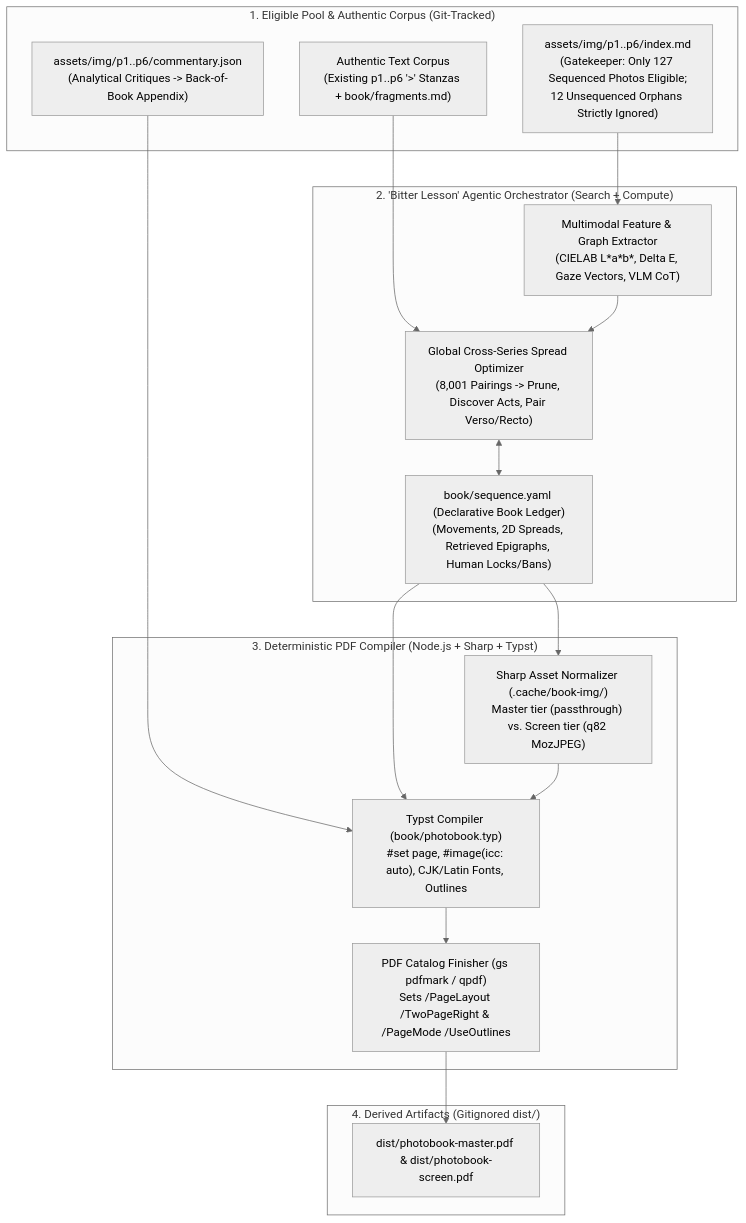
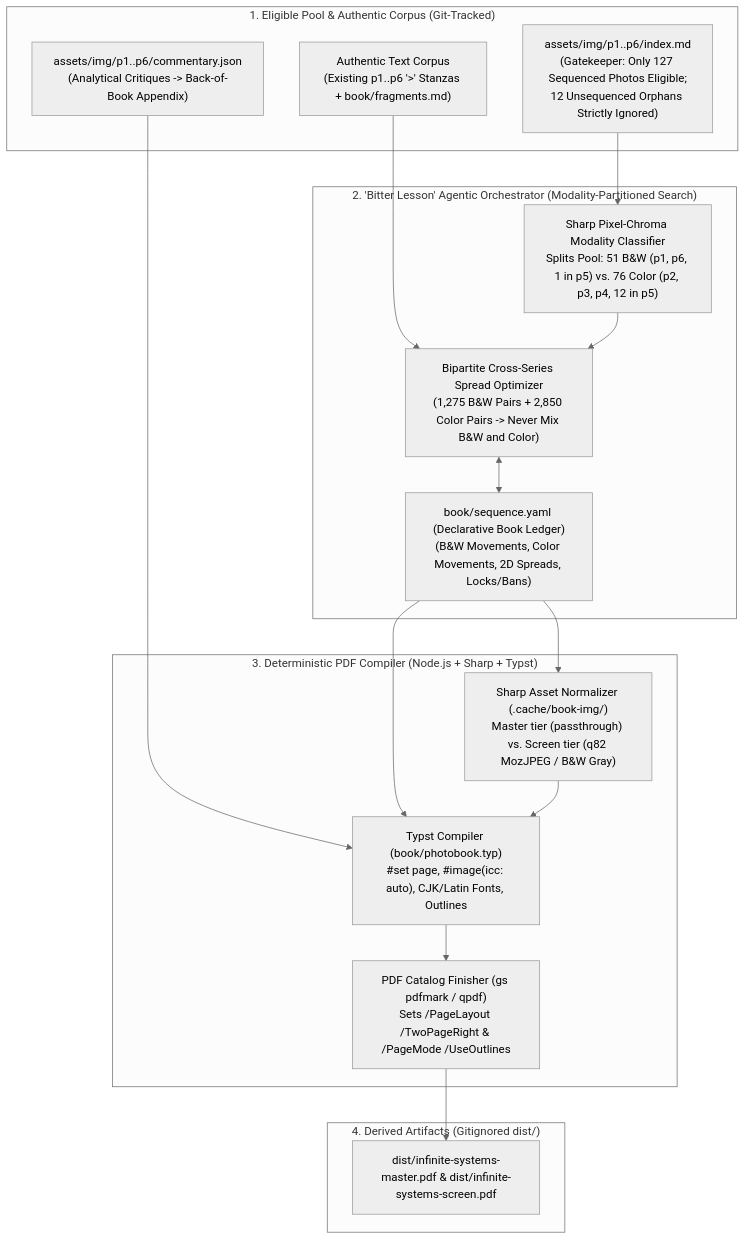
One commit to ryusoh/ryusoh.github.io changed the diagram in docs/photobook-ebook-research.md. Above: the diagram before and after it, drawn with Mermaid (neutral theme). The commit also changed other lines of this file, not shown here.

First line of the commit message:
docs(photobook-ebook-research): add strict B&W vs. color modality partition

````diff
--- a/docs/photobook-ebook-research.md
+++ b/docs/photobook-ebook-research.md
@@ -40,35 +44,35 @@
 ```mermaid
 flowchart TD
     subgraph Source ["1. Eligible Pool & Authentic Corpus (Git-Tracked)"]
         MD["assets/img/p1..p6/index.md<br/>(Gatekeeper: Only 127 Sequenced Photos Eligible;<br/>12 Unsequenced Orphans Strictly Ignored)"]
         FRAG["Authentic Text Corpus<br/>(Existing p1..p6 '>' Stanzas + book/fragments.md)"]
         COMM["assets/img/p1..p6/commentary.json<br/>(Analytical Critiques -> Back-of-Book Appendix)"]
     end
 
-    subgraph Agentic ["2. 'Bitter Lesson' Agentic Orchestrator (Search + Compute)"]
-        METRICS["Multimodal Feature & Graph Extractor<br/>(CIELAB L*a*b*, Delta E, Gaze Vectors, VLM CoT)"]
-        SEARCH["Global Cross-Series Spread Optimizer<br/>(8,001 Pairings -> Prune, Discover Acts, Pair Verso/Recto)"]
-        LEDGER["book/sequence.yaml (Declarative Book Ledger)<br/>(Movements, 2D Spreads, Retrieved Epigraphs, Human Locks/Bans)"]
+    subgraph Agentic ["2. 'Bitter Lesson' Agentic Orchestrator (Modality-Partitioned Search)"]
+        CLASS["Sharp Pixel-Chroma Modality Classifier<br/>Splits Pool: 51 B&W (p1, p6, 1 in p5) vs. 76 Color (p2, p3, p4, 12 in p5)"]
+        SEARCH["Bipartite Cross-Series Spread Optimizer<br/>(1,275 B&W Pairs + 2,850 Color Pairs -> Never Mix B&W and Color)"]
+        LEDGER["book/sequence.yaml (Declarative Book Ledger)<br/>(B&W Movements, Color Movements, 2D Spreads, Locks/Bans)"]
     end
 
     subgraph Engine ["3. Deterministic PDF Compiler (Node.js + Sharp + Typst)"]
-        SHARP["Sharp Asset Normalizer (.cache/book-img/)<br/>Master tier (passthrough) vs. Screen tier (q82 MozJPEG)"]
+        SHARP["Sharp Asset Normalizer (.cache/book-img/)<br/>Master tier (passthrough) vs. Screen tier (q82 MozJPEG / B&W Gray)"]
         TYPST["Typst Compiler (book/photobook.typ)<br/>#set page, #image(icc: auto), CJK/Latin Fonts, Outlines"]
         POST["PDF Catalog Finisher (gs pdfmark / qpdf)<br/>Sets /PageLayout /TwoPageRight & /PageMode /UseOutlines"]
     end
 
     subgraph Output ["4. Derived Artifacts (Gitignored dist/)"]
-        PDF_OUT["dist/photobook-master.pdf & dist/photobook-screen.pdf"]
+        PDF_OUT["dist/infinite-systems-master.pdf & dist/infinite-systems-screen.pdf"]
     end
 
-    MD --> METRICS
+    MD --> CLASS
     FRAG --> SEARCH
     COMM --> TYPST
-    METRICS --> SEARCH
+    CLASS --> SEARCH
     SEARCH <--> LEDGER
     LEDGER --> SHARP
     LEDGER --> TYPST
     SHARP --> TYPST
     TYPST --> POST
     POST --> PDF_OUT
 ```
````
